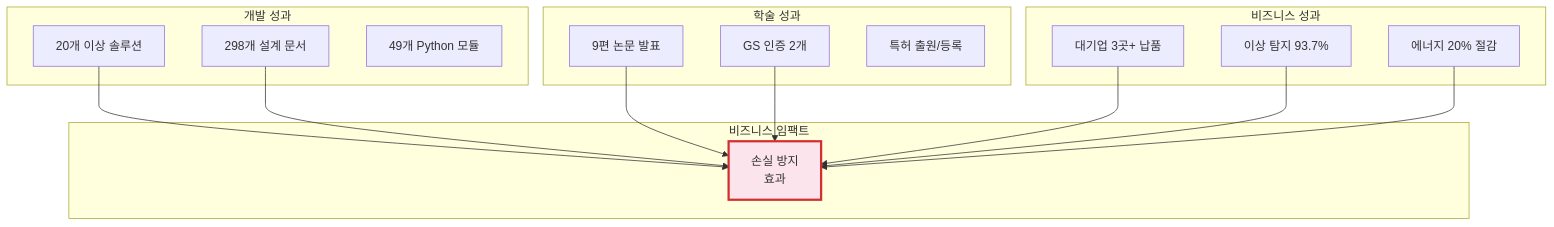
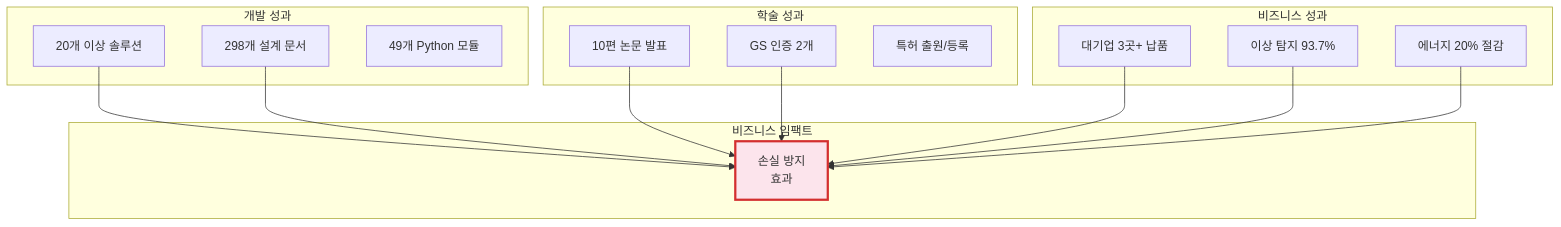
Before and after one commit to moobaek/Testing_AI_agents_for_public_use: the first of 6 diagrams in portfolio/portfolio_docs/Executive_Summary/01_Key_Achievements.md, drawn with Mermaid. The commit also changed other lines of this file and 48 other files, not shown here.

````diff
--- a/portfolio/portfolio_docs/Executive_Summary/01_Key_Achievements.md
+++ b/portfolio/portfolio_docs/Executive_Summary/01_Key_Achievements.md
@@ -14,34 +14,34 @@
 ```mermaid
 graph TB
     subgraph "개발 성과"
         A1["20개 이상 솔루션"]
         A2["298개 설계 문서"]
         A3["49개 Python 모듈"]
     end
 
     subgraph "학술 성과"
-        B1["9편 논문 발표"]
+        B1["10편 논문 발표"]
         B2["GS 인증 2개"]
         B3["특허 출원/등록"]
     end
     
     subgraph "비즈니스 성과"
         C1["대기업 3곳+ 납품"]
         C2["이상 탐지 93.7%"]
         C3["에너지 20% 절감"]
     end
     
     subgraph "비즈니스 임팩트"
         D["손실 방지<br/>효과"]
     end
     
     A1 --> D
     A2 --> D
     B1 --> D
     B2 --> D
     C1 --> D
     C2 --> D
     C3 --> D
     
     style D fill:#fce4ec,stroke:#d32f2f,stroke-width:3px
 ```
````
